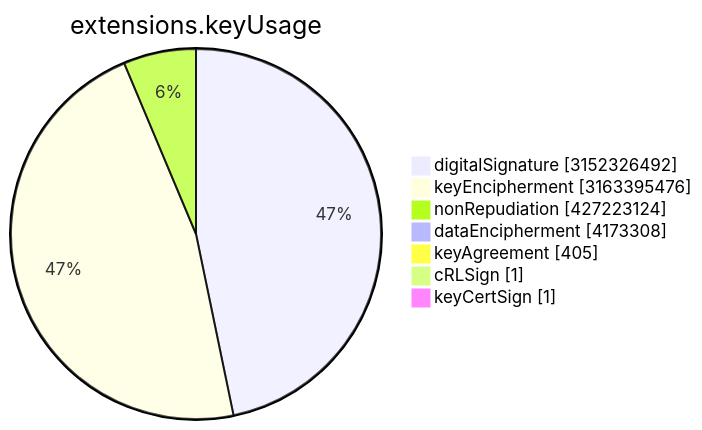
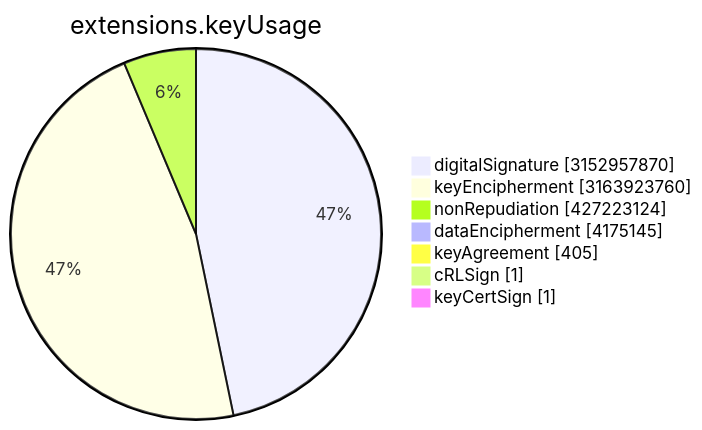
Before and after one commit to christiankrug/ctmonitor_visualization: the sixth of 15 diagrams in TOTAL/README.md, drawn with Mermaid. The commit also changed other lines of this file, not shown here.

````diff
--- a/TOTAL/README.md
+++ b/TOTAL/README.md
@@ -3077,11 +3077,11 @@
 ```mermaid
 pie showData
 title extensions.keyUsage
-"digitalSignature" :3152326492
-"keyEncipherment" :3163395476
+"digitalSignature" :3152957870
+"keyEncipherment" :3163923760
 "nonRepudiation" :427223124
-"dataEncipherment" :4173308
+"dataEncipherment" :4175145
 "keyAgreement" :405
 "cRLSign" :1
 "keyCertSign" :1
 ```
````
